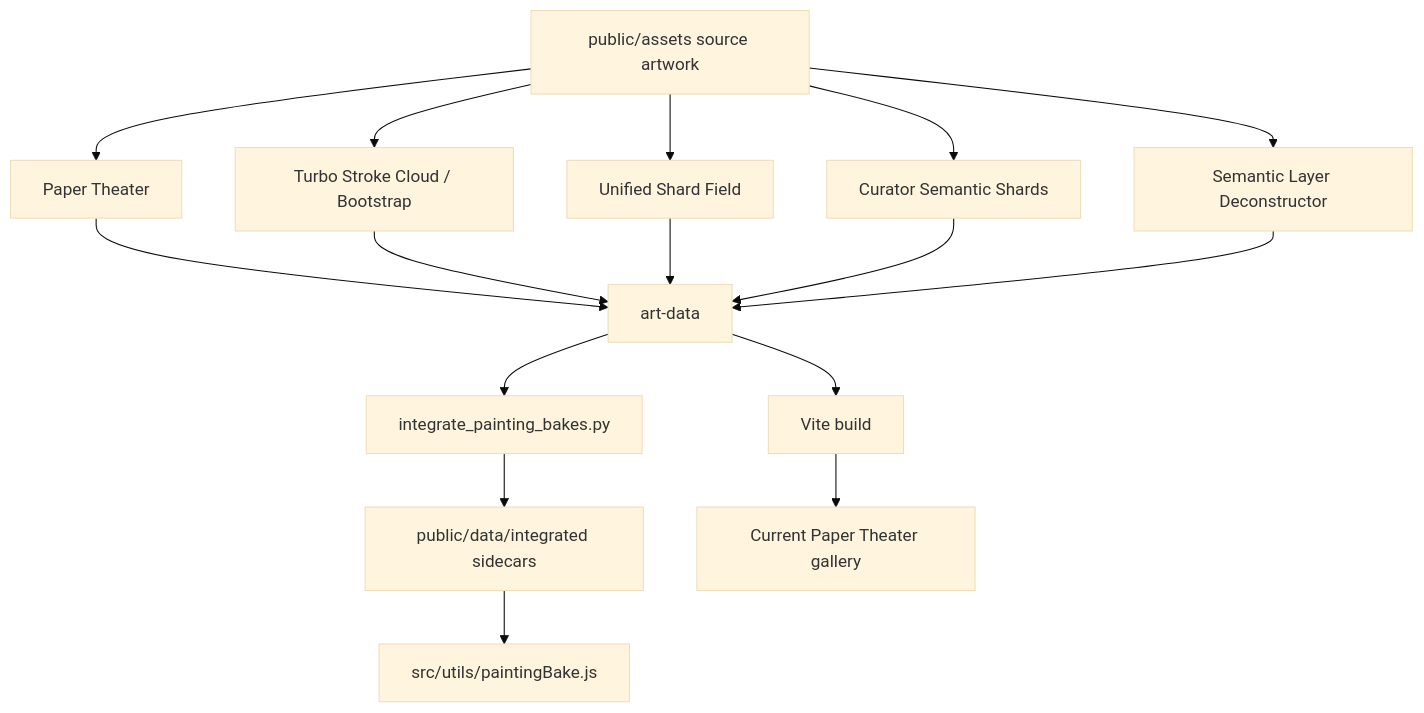
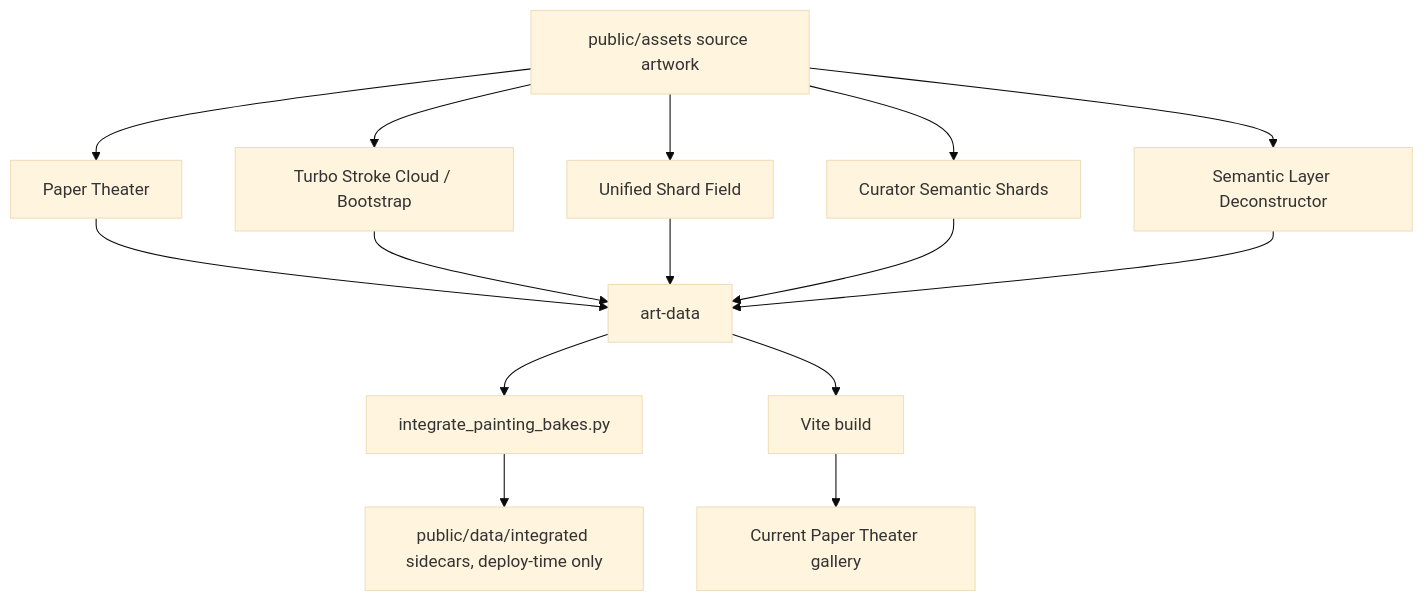
One commit to HereLiesAz/hereliesaz.github.io changed the diagram in docs/ARCHITECTURE.md. Above: the diagram before and after it, drawn with Mermaid (base theme). The commit also changed other lines of this file and 9 other files, not shown here.

````diff
--- a/docs/ARCHITECTURE.md
+++ b/docs/ARCHITECTURE.md
@@ -9,22 +9,21 @@
 ```mermaid
 graph TD
     A[public/assets source artwork]
     A --> TB[Paper Theater]
     A --> SC[Turbo Stroke Cloud / Bootstrap]
     A --> US[Unified Shard Field]
     A --> CU[Curator Semantic Shards]
     A --> SL[Semantic Layer Deconstructor]
 
     TB --> AD[art-data]
     SC --> AD
     US --> AD
     CU --> AD
     SL --> AD
 
     AD --> INTEGRATE[integrate_painting_bakes.py]
-    INTEGRATE --> SIDE[public/data/integrated sidecars]
-    SIDE --> LOADER[src/utils/paintingBake.js]
+    INTEGRATE --> SIDE[public/data/integrated sidecars, deploy-time only]
 
     AD --> BUILD[Vite build]
     BUILD --> GALLERY[Current Paper Theater gallery]
 ```
````
